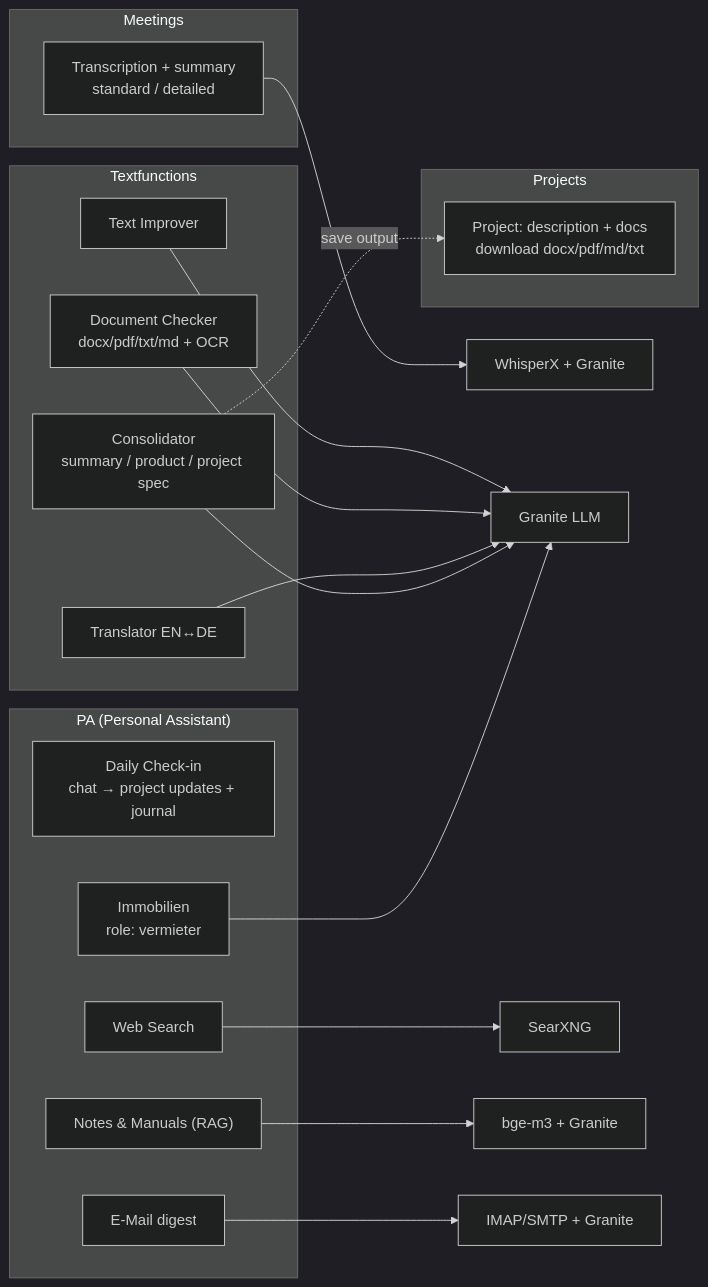
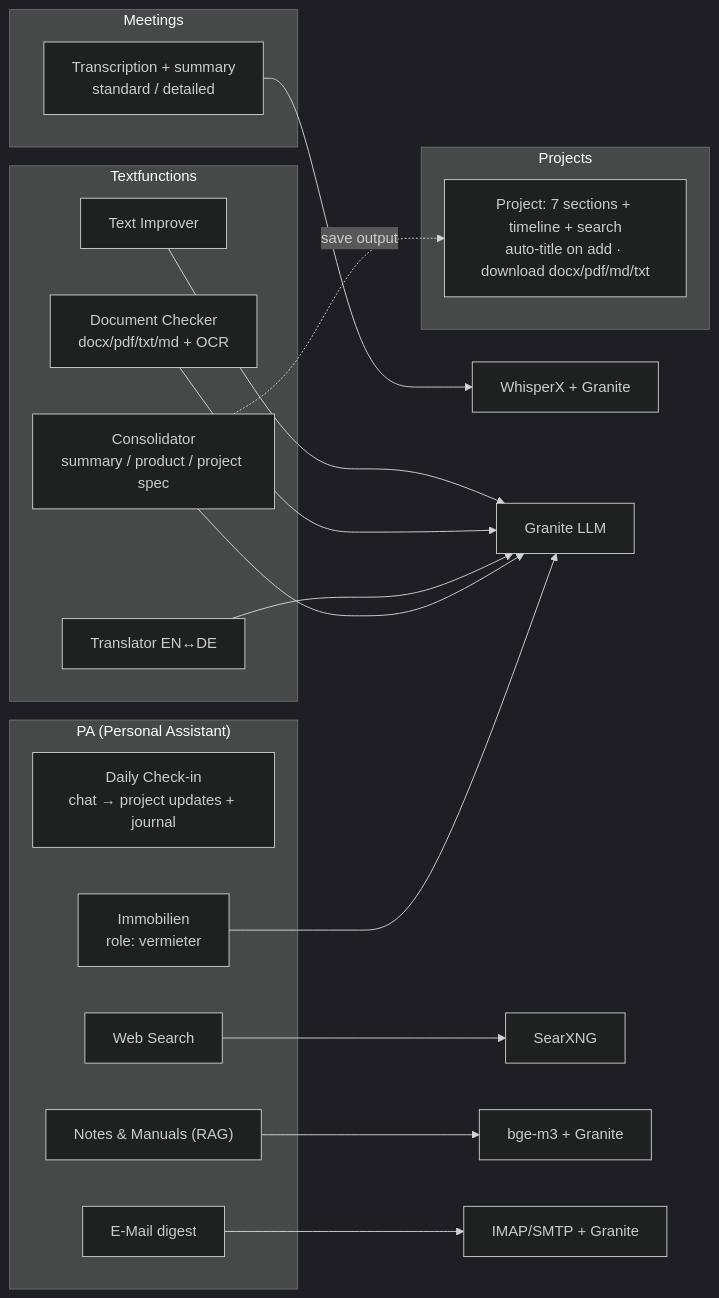
One commit to buchmann/meetingminutes changed the second of 3 diagrams in docs/architecture.md. Above: the diagram before and after it, drawn with Mermaid (dark theme). The commit also changed other lines of this file and 1 other file, not shown here.

First line of the commit message:
docs: document Projects auto-title + per-section toggle

````diff
--- a/docs/architecture.md
+++ b/docs/architecture.md
@@ -123,34 +123,34 @@
 ```mermaid
 flowchart LR
     subgraph MEET["Meetings"]
         MT["Transcription + summary<br/>standard / detailed"]
     end
     subgraph TEXT["Textfunctions"]
         TI["Text Improver"]
         DC["Document Checker<br/>docx/pdf/txt/md + OCR"]
         TR["Translator EN&harr;DE"]
         CO["Consolidator<br/>summary / product / project spec"]
     end
     subgraph PROJ["Projects"]
-        PR["Project: description + docs<br/>download docx/pdf/md/txt"]
+        PR["Project: 7 sections + timeline + search<br/>auto-title on add · download docx/pdf/md/txt"]
     end
     subgraph PA["PA (Personal Assistant)"]
         DC2["Daily Check-in<br/>chat → project updates + journal"]
         WS["Web Search"]
         NK["Notes &amp; Manuals (RAG)"]
         ED["E-Mail digest"]
         IM["Immobilien<br/>role: vermieter"]
     end
 
     CO -. "save output" .-> PR
 
     MT --> WXe["WhisperX + Granite"]
     TI --> GRe["Granite LLM"]
     DC --> GRe
     TR --> GRe
     CO --> GRe
     WS --> SXe["SearXNG"]
     NK --> EMe["bge-m3 + Granite"]
     ED --> MXe["IMAP/SMTP + Granite"]
     IM --> GRe
 ```
````
